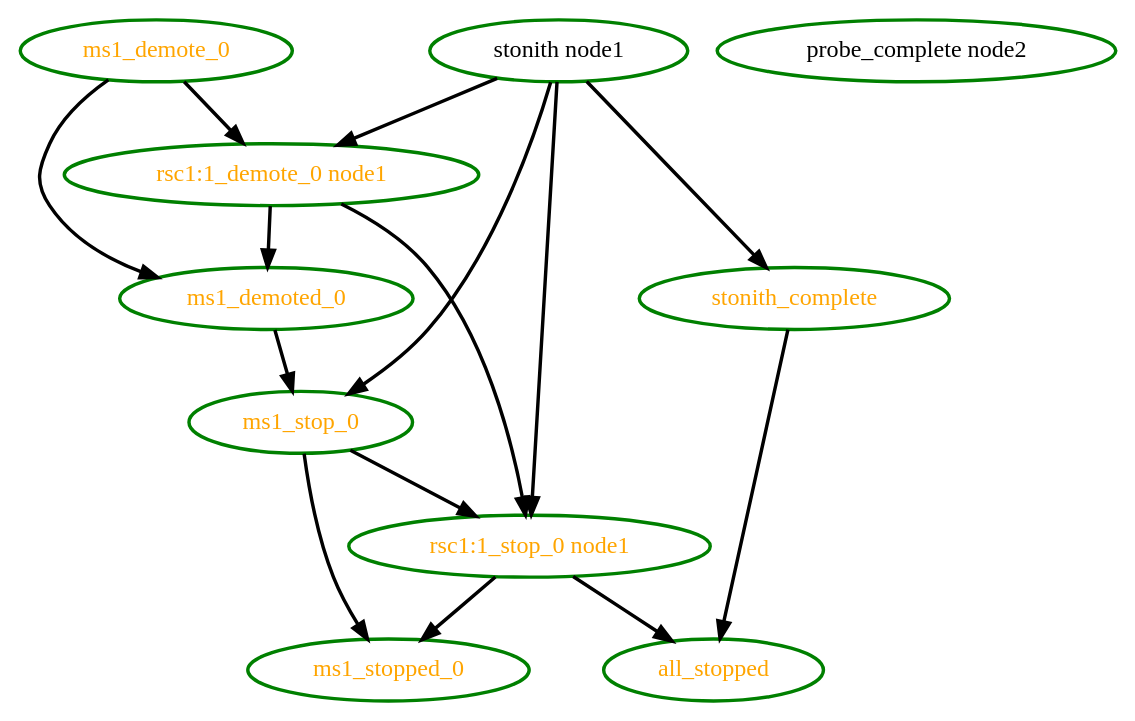
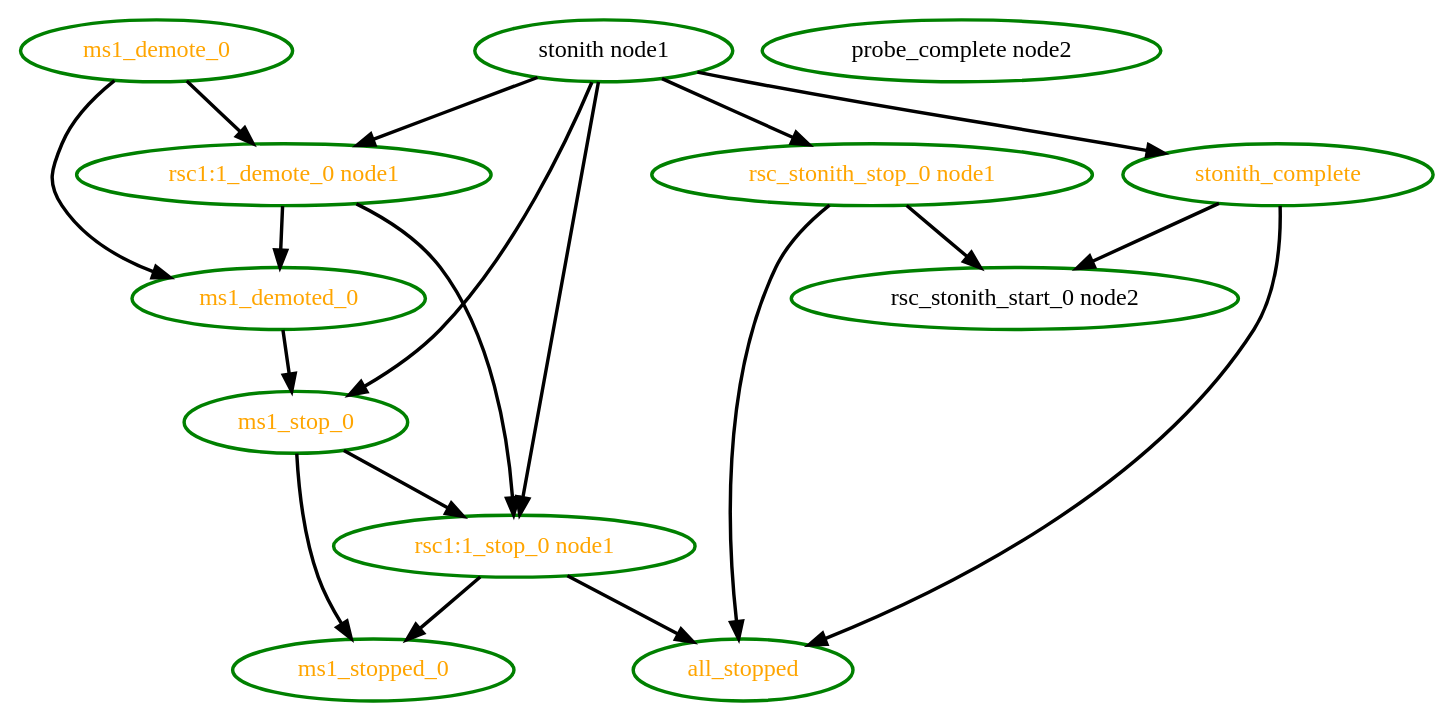
One commit to ClusterLabs/pacemaker changed the diagram in pengine/test10/ticket-master-21.dot. Above: the diagram before and after it, drawn with Graphviz. The commit also changed 15 other files, not shown here.

```diff
--- a/pengine/test10/ticket-master-21.dot
+++ b/pengine/test10/ticket-master-21.dot
@@ -1,26 +1,32 @@
 digraph "g" {
 "all_stopped" [ style=bold color="green" fontcolor="orange"]
 "ms1_demote_0" -> "ms1_demoted_0" [ style = bold]
 "ms1_demote_0" -> "rsc1:1_demote_0 node1" [ style = bold]
 "ms1_demote_0" [ style=bold color="green" fontcolor="orange"]
 "ms1_demoted_0" -> "ms1_stop_0" [ style = bold]
 "ms1_demoted_0" [ style=bold color="green" fontcolor="orange"]
 "ms1_stop_0" -> "ms1_stopped_0" [ style = bold]
 "ms1_stop_0" -> "rsc1:1_stop_0 node1" [ style = bold]
 "ms1_stop_0" [ style=bold color="green" fontcolor="orange"]
 "ms1_stopped_0" [ style=bold color="green" fontcolor="orange"]
 "probe_complete node2" [ style=bold color="green" fontcolor="black"]
 "rsc1:1_demote_0 node1" -> "ms1_demoted_0" [ style = bold]
 "rsc1:1_demote_0 node1" -> "rsc1:1_stop_0 node1" [ style = bold]
 "rsc1:1_demote_0 node1" [ style=bold color="green" fontcolor="orange"]
 "rsc1:1_stop_0 node1" -> "all_stopped" [ style = bold]
 "rsc1:1_stop_0 node1" -> "ms1_stopped_0" [ style = bold]
 "rsc1:1_stop_0 node1" [ style=bold color="green" fontcolor="orange"]
+"rsc_stonith_start_0 node2" [ style=bold color="green" fontcolor="black"]
+"rsc_stonith_stop_0 node1" -> "all_stopped" [ style = bold]
+"rsc_stonith_stop_0 node1" -> "rsc_stonith_start_0 node2" [ style = bold]
+"rsc_stonith_stop_0 node1" [ style=bold color="green" fontcolor="orange"]
 "stonith node1" -> "ms1_stop_0" [ style = bold]
 "stonith node1" -> "rsc1:1_demote_0 node1" [ style = bold]
 "stonith node1" -> "rsc1:1_stop_0 node1" [ style = bold]
+"stonith node1" -> "rsc_stonith_stop_0 node1" [ style = bold]
 "stonith node1" -> "stonith_complete" [ style = bold]
 "stonith node1" [ style=bold color="green" fontcolor="black"]
 "stonith_complete" -> "all_stopped" [ style = bold]
+"stonith_complete" -> "rsc_stonith_start_0 node2" [ style = bold]
 "stonith_complete" [ style=bold color="green" fontcolor="orange"]
 }
```
